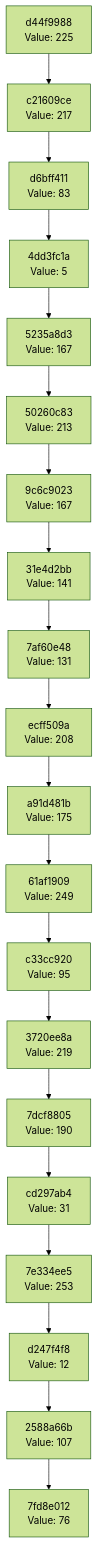
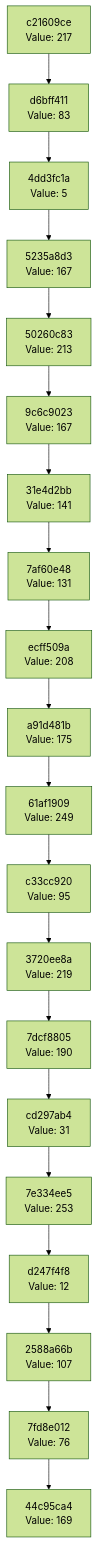
One commit to Abhisheksinha1506/hash-chain-evolver changed the diagram in docs/CHAIN_VISUALIZATION.md. Above: the diagram before and after it, drawn with Mermaid (forest theme). The commit also changed 2 other files, not shown here.

Commit message:
Evolution Step

````diff
--- a/docs/CHAIN_VISUALIZATION.md
+++ b/docs/CHAIN_VISUALIZATION.md
@@ -3,42 +3,42 @@
 ```mermaid
 graph TD
-    C0["7fd8e012<br/>Value: 76"]
-    C1["2588a66b<br/>Value: 107"]
+    C0["44c95ca4<br/>Value: 169"]
+    C1["7fd8e012<br/>Value: 76"]
     C1 --> C0
-    C2["d247f4f8<br/>Value: 12"]
+    C2["2588a66b<br/>Value: 107"]
     C2 --> C1
-    C3["7e334ee5<br/>Value: 253"]
+    C3["d247f4f8<br/>Value: 12"]
     C3 --> C2
-    C4["cd297ab4<br/>Value: 31"]
+    C4["7e334ee5<br/>Value: 253"]
     C4 --> C3
-    C5["7dcf8805<br/>Value: 190"]
+    C5["cd297ab4<br/>Value: 31"]
     C5 --> C4
-    C6["3720ee8a<br/>Value: 219"]
+    C6["7dcf8805<br/>Value: 190"]
     C6 --> C5
-    C7["c33cc920<br/>Value: 95"]
+    C7["3720ee8a<br/>Value: 219"]
     C7 --> C6
-    C8["61af1909<br/>Value: 249"]
+    C8["c33cc920<br/>Value: 95"]
     C8 --> C7
-    C9["a91d481b<br/>Value: 175"]
+    C9["61af1909<br/>Value: 249"]
     C9 --> C8
-    C10["ecff509a<br/>Value: 208"]
+    C10["a91d481b<br/>Value: 175"]
     C10 --> C9
-    C11["7af60e48<br/>Value: 131"]
+    C11["ecff509a<br/>Value: 208"]
     C11 --> C10
-    C12["31e4d2bb<br/>Value: 141"]
+    C12["7af60e48<br/>Value: 131"]
     C12 --> C11
-    C13["9c6c9023<br/>Value: 167"]
+    C13["31e4d2bb<br/>Value: 141"]
     C13 --> C12
-    C14["50260c83<br/>Value: 213"]
+    C14["9c6c9023<br/>Value: 167"]
     C14 --> C13
-    C15["5235a8d3<br/>Value: 167"]
+    C15["50260c83<br/>Value: 213"]
     C15 --> C14
-    C16["4dd3fc1a<br/>Value: 5"]
+    C16["5235a8d3<br/>Value: 167"]
     C16 --> C15
-    C17["d6bff411<br/>Value: 83"]
+    C17["4dd3fc1a<br/>Value: 5"]
     C17 --> C16
-    C18["c21609ce<br/>Value: 217"]
+    C18["d6bff411<br/>Value: 83"]
     C18 --> C17
-    C19["d44f9988<br/>Value: 225"]
+    C19["c21609ce<br/>Value: 217"]
     C19 --> C18
 ```
````
